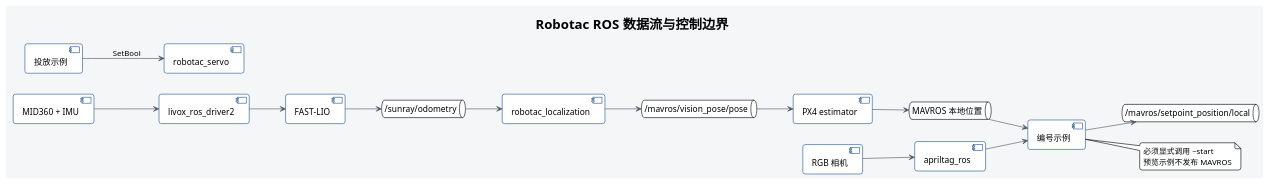
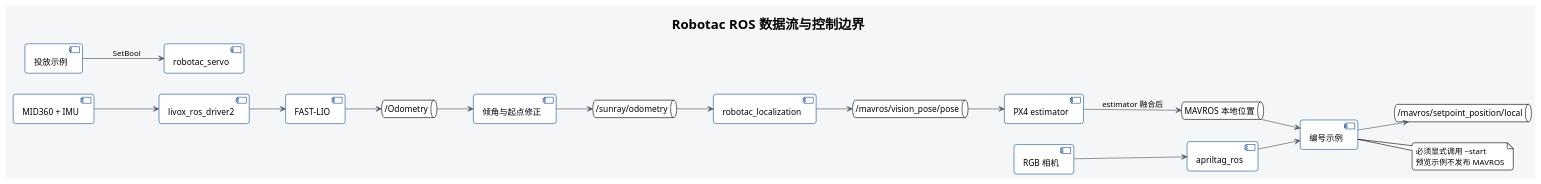
One commit to 6hao666/robotac changed the diagram in docs/diagrams/project-overview.puml. Above: the diagram before and after it, drawn with PlantUML. The commit also changed 25 other files, not shown here.

```diff
--- a/docs/diagrams/project-overview.puml
+++ b/docs/diagrams/project-overview.puml
@@ -1,42 +1,46 @@
 @startuml
 !theme plain
 skinparam backgroundColor #F4F6F8
 skinparam shadowing false
 skinparam roundcorner 8
 skinparam defaultFontName SansSerif
 skinparam ArrowColor #4B5563
 skinparam componentBackgroundColor #FFFFFF
 skinparam componentBorderColor #24528C
 left to right direction
 title Robotac ROS 数据流与控制边界
 component "MID360 + IMU" as lidar
 component "livox_ros_driver2" as livox
 component "FAST-LIO" as fastlio
+queue "/Odometry" as rawodom
+component "倾角与起点修正" as correction
 queue "/sunray/odometry" as odom
 component "robotac_localization" as localization
 queue "/mavros/vision_pose/pose" as vision
 component "PX4 estimator" as px4
 queue "MAVROS 本地位置" as local
 component "RGB 相机" as camera
 component "apriltag_ros" as tag
 component "编号示例" as examples
 queue "/mavros/setpoint_position/local" as setpoint
 component "投放示例" as payload
 component "robotac_servo" as servo
 lidar --> livox
 livox --> fastlio
-fastlio --> odom
+fastlio --> rawodom
+rawodom --> correction
+correction --> odom
 odom --> localization
 localization --> vision
 vision --> px4
-px4 --> local
+px4 --> local : estimator 融合后
 camera --> tag
 tag --> examples
 local --> examples
 examples --> setpoint
 payload --> servo : SetBool
 note right of examples
   必须显式调用 ~start
   预览示例不发布 MAVROS
 end note
 @enduml
```
